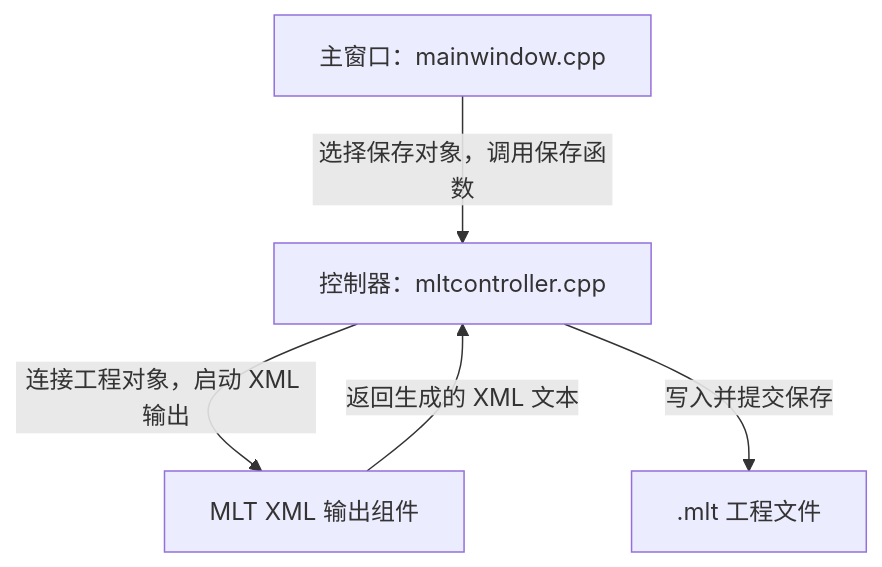
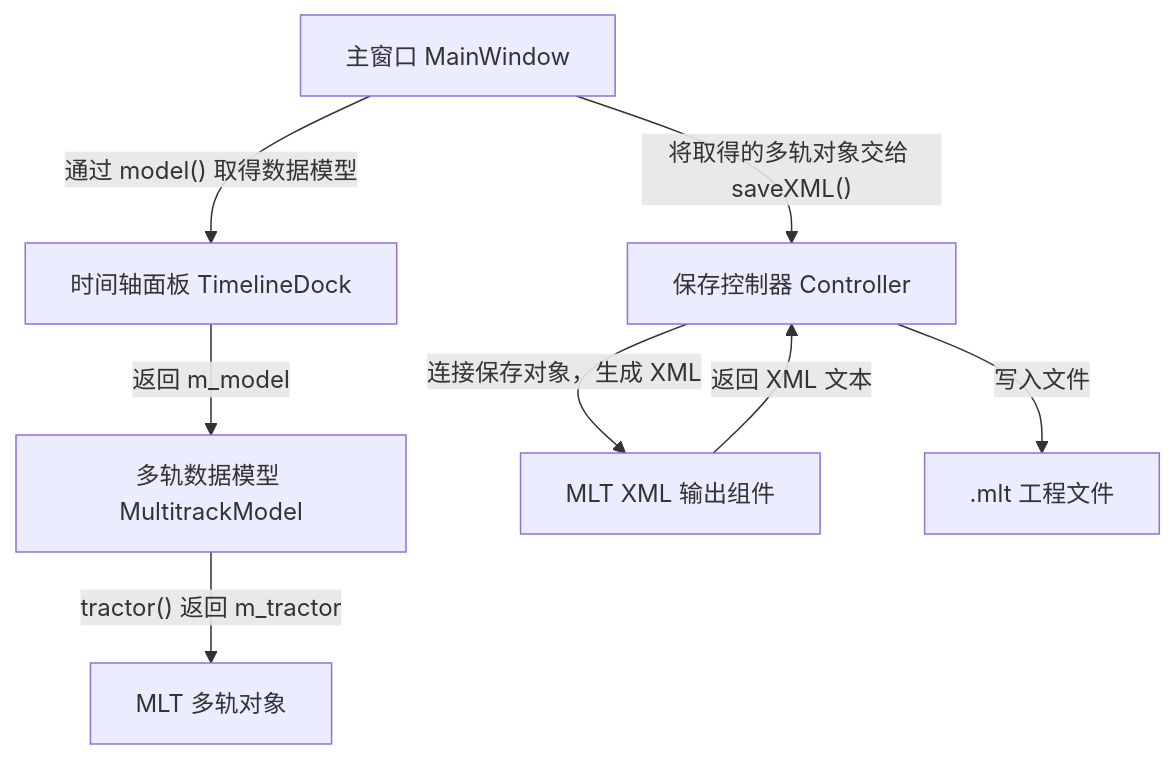
The diagram in docs/research-report.md (TiAmoLovee/video-editor-research), drawn with Mermaid before and after one commit. The commit also changed other lines of this file, not shown here.

````diff
--- a/docs/research-report.md
+++ b/docs/research-report.md
@@ -141,12 +141,18 @@
 ```mermaid
 flowchart TD
-    A["主窗口：mainwindow.cpp"]
-    B["控制器：mltcontroller.cpp"]
-    C["MLT XML 输出组件"]
-    D[".mlt 工程文件"]
+    A["主窗口 MainWindow"]
+    B["时间轴面板 TimelineDock"]
+    C["多轨数据模型 MultitrackModel"]
+    D["MLT 多轨对象"]
+    E["保存控制器 Controller"]
+    F["MLT XML 输出组件"]
+    G[".mlt 工程文件"]
 
-    A -->|"选择保存对象，调用保存函数"| B
-    B -->|"连接工程对象，启动 XML 输出"| C
-    C -->|"返回生成的 XML 文本"| B
-    B -->|"写入并提交保存"| D
+    A -->|"通过 model() 取得数据模型"| B
+    B -->|"返回 m_model"| C
+    C -->|"tractor() 返回 m_tractor"| D
+    A -->|"将取得的多轨对象交给 saveXML()"| E
+    E -->|"连接保存对象，生成 XML"| F
+    F -->|"返回 XML 文本"| E
+    E -->|"写入文件"| G
 ```
````
